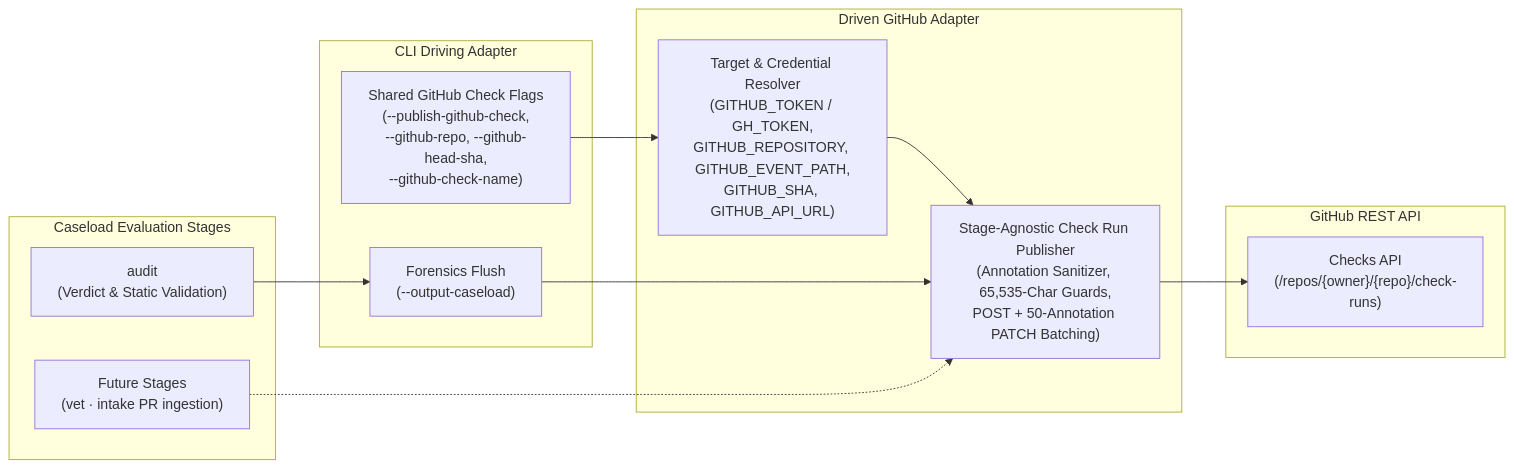
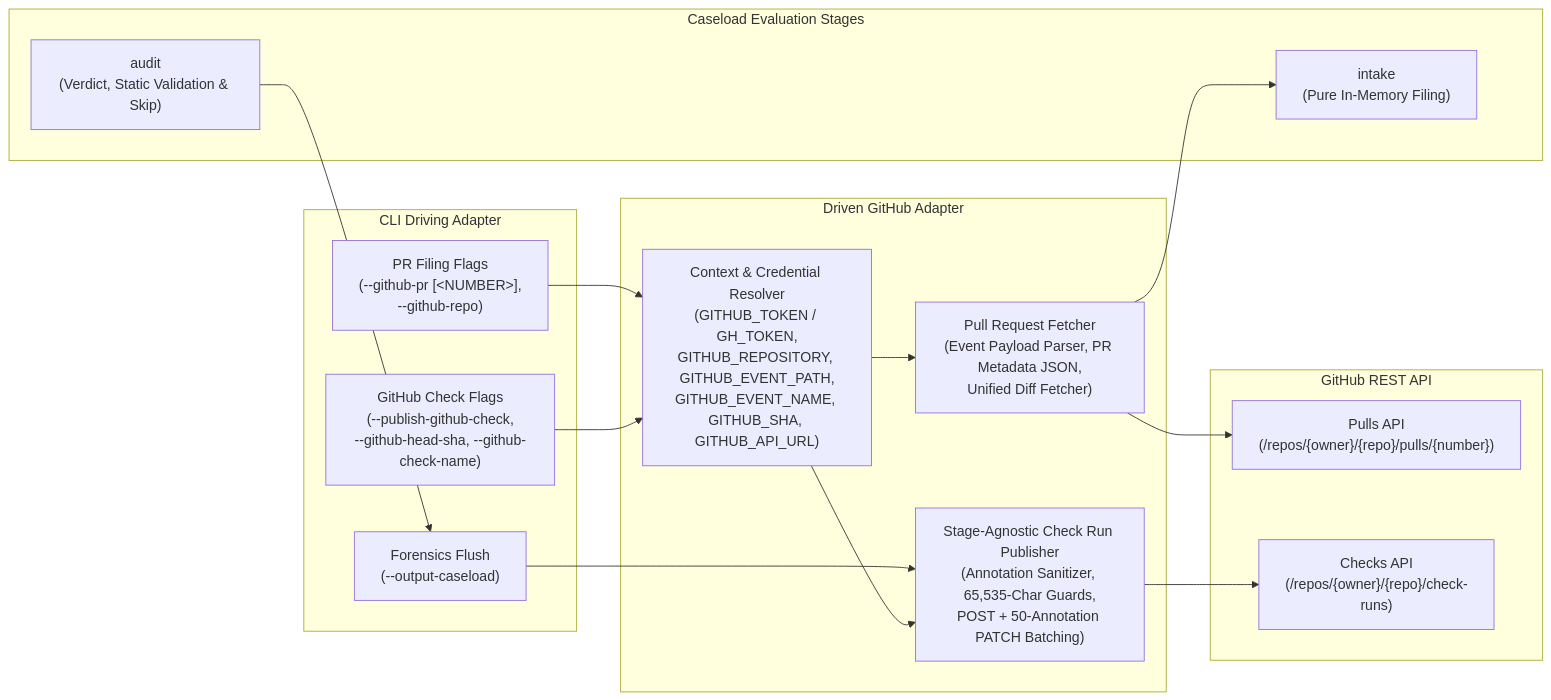
The diagram in docs/architecture/github.md (PAIR-code/canon-clerk), drawn with Mermaid before and after one commit. The commit also changed other lines of this file and 21 other files, not shown here.

First line of the commit message:
feat(cli,action): ingest GitHub PR diff and metadata natively and retire ci-audit-pr.sh (#358) (#362)

````diff
--- a/docs/architecture/github.md
+++ b/docs/architecture/github.md
@@ -14,26 +14,31 @@
 ```mermaid
 flowchart LR
     subgraph Stages ["Caseload Evaluation Stages"]
-        Audit["audit<br/>(Verdict & Static Validation)"]
-        Future["Future Stages<br/>(vet · intake PR ingestion)"]
+        Intake["intake<br/>(Pure In-Memory Filing)"]
+        Audit["audit<br/>(Verdict, Static Validation &amp; Skip)"]
     end
 
     subgraph CliBoundary ["CLI Driving Adapter"]
-        Flags["Shared GitHub Check Flags<br/>(--publish-github-check,<br/>--github-repo, --github-head-sha,<br/>--github-check-name)"]
+        PrFlags["PR Filing Flags<br/>(--github-pr [&lt;NUMBER&gt;],<br/>--github-repo)"]
+        CheckFlags["GitHub Check Flags<br/>(--publish-github-check,<br/>--github-head-sha, --github-check-name)"]
         Forensics["Forensics Flush<br/>(--output-caseload)"]
     end
 
     subgraph GithubAdapter ["Driven GitHub Adapter"]
-        Target["Target & Credential Resolver<br/>(GITHUB_TOKEN / GH_TOKEN,<br/>GITHUB_REPOSITORY, GITHUB_EVENT_PATH,<br/>GITHUB_SHA, GITHUB_API_URL)"]
+        Context["Context &amp; Credential Resolver<br/>(GITHUB_TOKEN / GH_TOKEN,<br/>GITHUB_REPOSITORY, GITHUB_EVENT_PATH,<br/>GITHUB_EVENT_NAME, GITHUB_SHA, GITHUB_API_URL)"]
+        PrFetcher["Pull Request Fetcher<br/>(Event Payload Parser, PR Metadata JSON,<br/>Unified Diff Fetcher)"]
         Publisher["Stage-Agnostic Check Run Publisher<br/>(Annotation Sanitizer, 65,535-Char Guards,<br/>POST + 50-Annotation PATCH Batching)"]
     end
 
     subgraph GitHub ["GitHub REST API"]
+        Pulls["Pulls API<br/>(/repos/{owner}/{repo}/pulls/{number})"]
         Checks["Checks API<br/>(/repos/{owner}/{repo}/check-runs)"]
     end
 
-    Flags --> Target
+    PrFlags --> Context
+    CheckFlags --> Context
+    Context --> PrFetcher --> Pulls
+    PrFetcher --> Intake
     Audit --> Forensics --> Publisher --> Checks
-    Future -.-> Publisher
-    Target --> Publisher
+    Context --> Publisher
 ```
````
